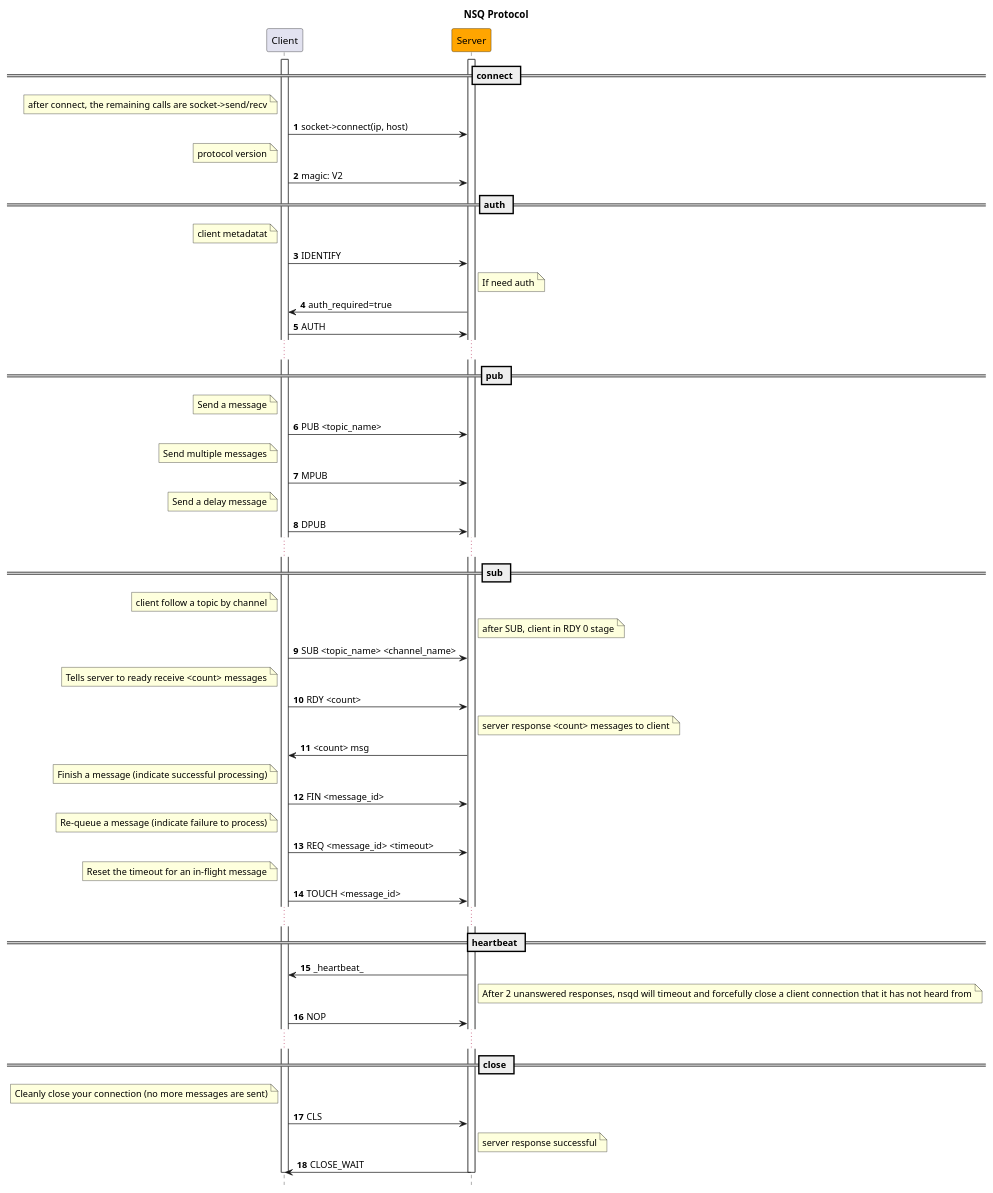
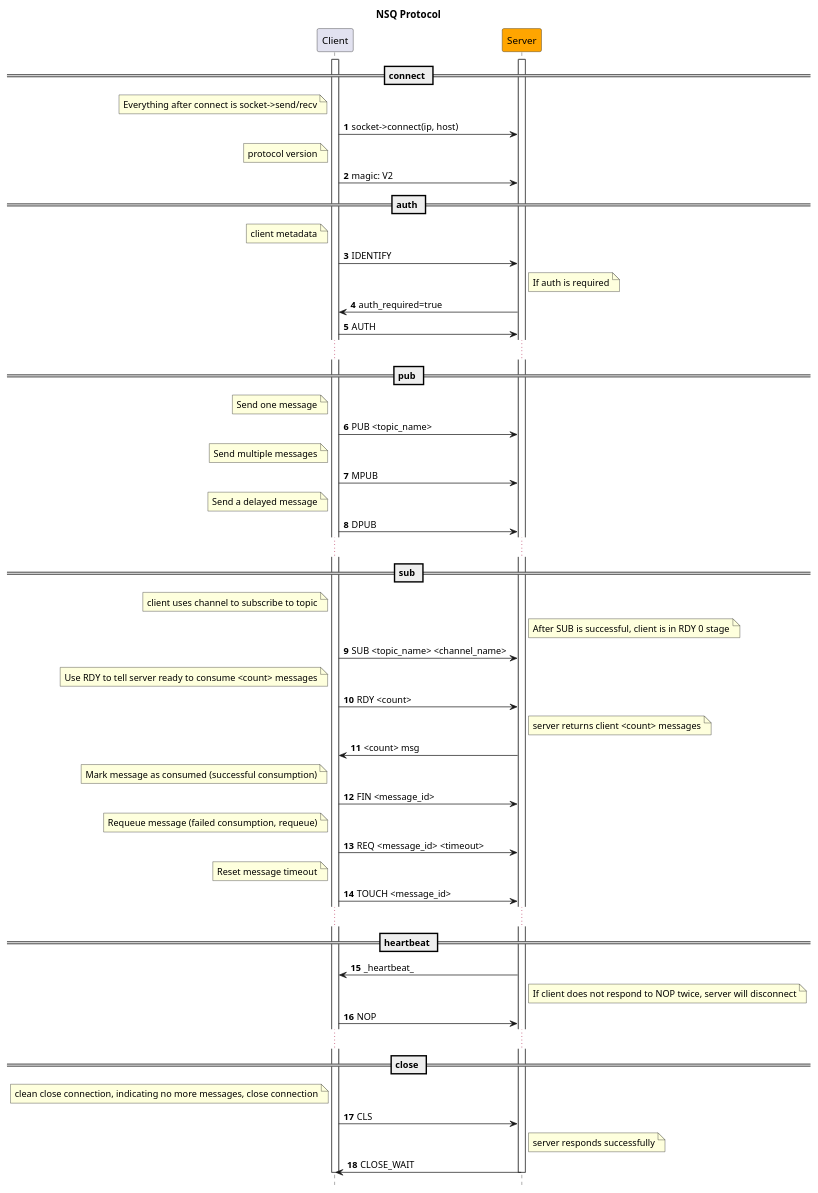
Before and after one commit to hyperf/hyperf: the second of 2 diagrams in docs/en/nsq.md, drawn with PlantUML. The commit also changed other lines of this file and 111 other files, not shown here.

````diff
--- a/docs/en/nsq.md
+++ b/docs/en/nsq.md
@@ -307,69 +298,69 @@
 ```plantuml
 @startuml
 
 autonumber
 hide footbox
 title **NSQ Protocol**
 
 participant "Client" as client
 participant "Server" as server #orange
 
 activate client
 activate server
 
 == connect ==
-note left of client: after connect, the remaining calls are socket->send/recv
+note left of client: Everything after connect is socket->send/recv
 client -> server: socket->connect(ip, host)
 note left of client: protocol version
 client->server: magic: V2
 
 == auth ==
-note left of client: client metadatat
+note left of client: client metadata
 client->server: IDENTIFY
-note right of server: If need auth
+note right of server: If auth is required
 server->client: auth_required=true
 client->server: AUTH
 ...
 
 == pub ==
-note left of client: Send a message
+note left of client: Send one message
 client -> server: PUB <topic_name>
 note left of client: Send multiple messages
 client -> server: MPUB
-note left of client: Send a delay message
+note left of client: Send a delayed message
 client -> server: DPUB
 ...
 
 == sub ==
-note left of client: client follow a topic by channel
-note right of server: after SUB, client in RDY 0 stage
+note left of client: client uses channel to subscribe to topic
+note right of server: After SUB is successful, client is in RDY 0 stage
 client -> server: SUB <topic_name> <channel_name>
-note left of client: Tells server to ready receive <count> messages
+note left of client: Use RDY to tell server ready to consume <count> messages
 client -> server: RDY <count>
-note right of server: server response <count> messages to client
+note right of server: server returns client <count> messages
 server -> client: <count> msg
-note left of client: Finish a message (indicate successful processing)
+note left of client: Mark message as consumed (successful consumption)
 client -> server: FIN <message_id>
-note left of client: Re-queue a message (indicate failure to process)
+note left of client: Requeue message (failed consumption, requeue)
 client -> server: REQ <message_id> <timeout>
-note left of client: Reset the timeout for an in-flight message
+note left of client: Reset message timeout
 client -> server: TOUCH <message_id>
 ...
 
 == heartbeat ==
 server -> client: _heartbeat_
-note right of server: After 2 unanswered responses, nsqd will timeout and forcefully close a client connection that it has not heard from
+note right of server: If client does not respond to NOP twice, server will disconnect
 client -> server: NOP
 ...
 
 == close ==
-note left of client: Cleanly close your connection (no more messages are sent)
+note left of client: clean close connection, indicating no more messages, close connection
 client -> server: CLS
-note right of server: server response successful
+note right of server: server responds successfully
 server -> client: CLOSE_WAIT
 
 deactivate client
 deactivate server
 
 @enduml
 ```
````
